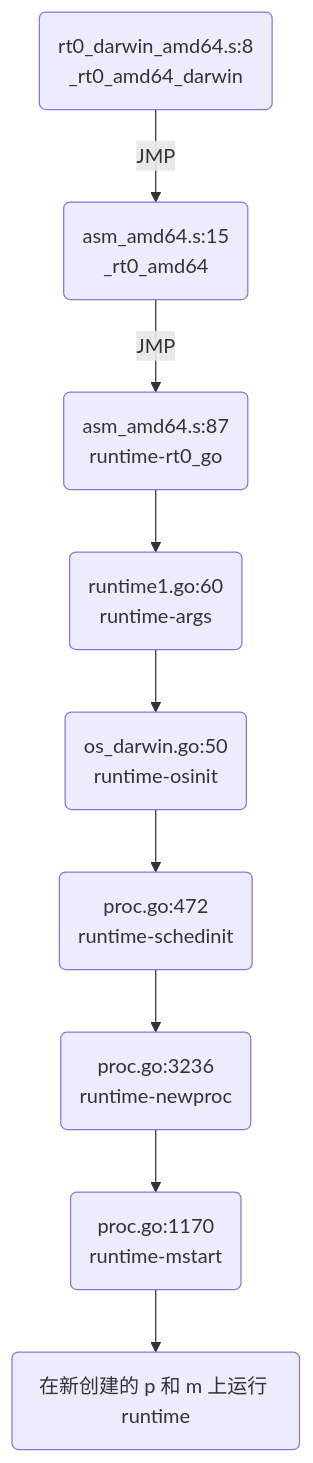
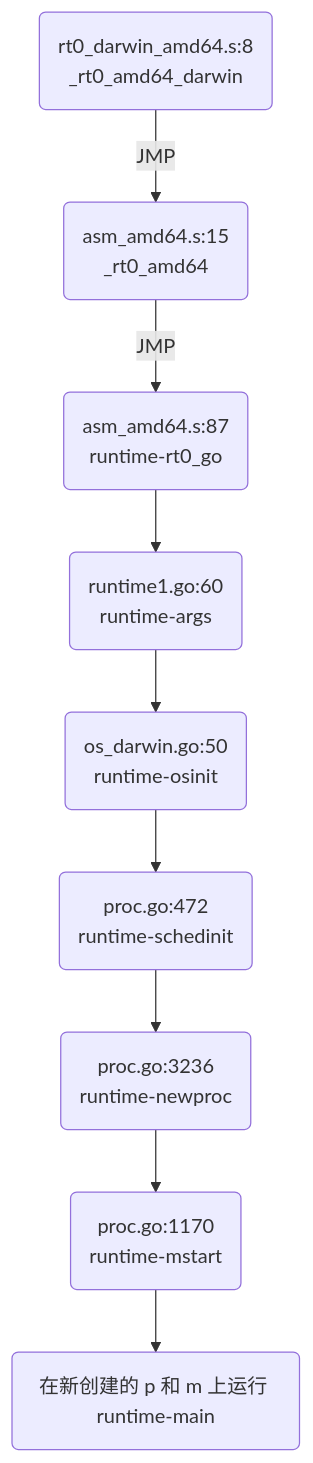
The diagram in bootstrap.md (cch123/golang-notes), drawn with Mermaid before and after one commit. The commit also changed other lines of this file, not shown here.

````diff
--- a/bootstrap.md
+++ b/bootstrap.md
@@ -101,11 +101,11 @@
 ```mermaid
 graph TD
 A(rt0_darwin_amd64.s:8<br/>_rt0_amd64_darwin) -->|JMP| B(asm_amd64.s:15<br/>_rt0_amd64)
 B --> |JMP|C(asm_amd64.s:87<br/>runtime-rt0_go)
 C --> D(runtime1.go:60<br/>runtime-args)
 D --> E(os_darwin.go:50<br/>runtime-osinit)
 E --> F(proc.go:472<br/>runtime-schedinit)
 F --> G(proc.go:3236<br/>runtime-newproc)
 G --> H(proc.go:1170<br/>runtime-mstart)
-H --> I(在新创建的 p 和 m 上运行 runtime)
+H --> I(在新创建的 p 和 m 上运行 runtime-main)
 ```
````
